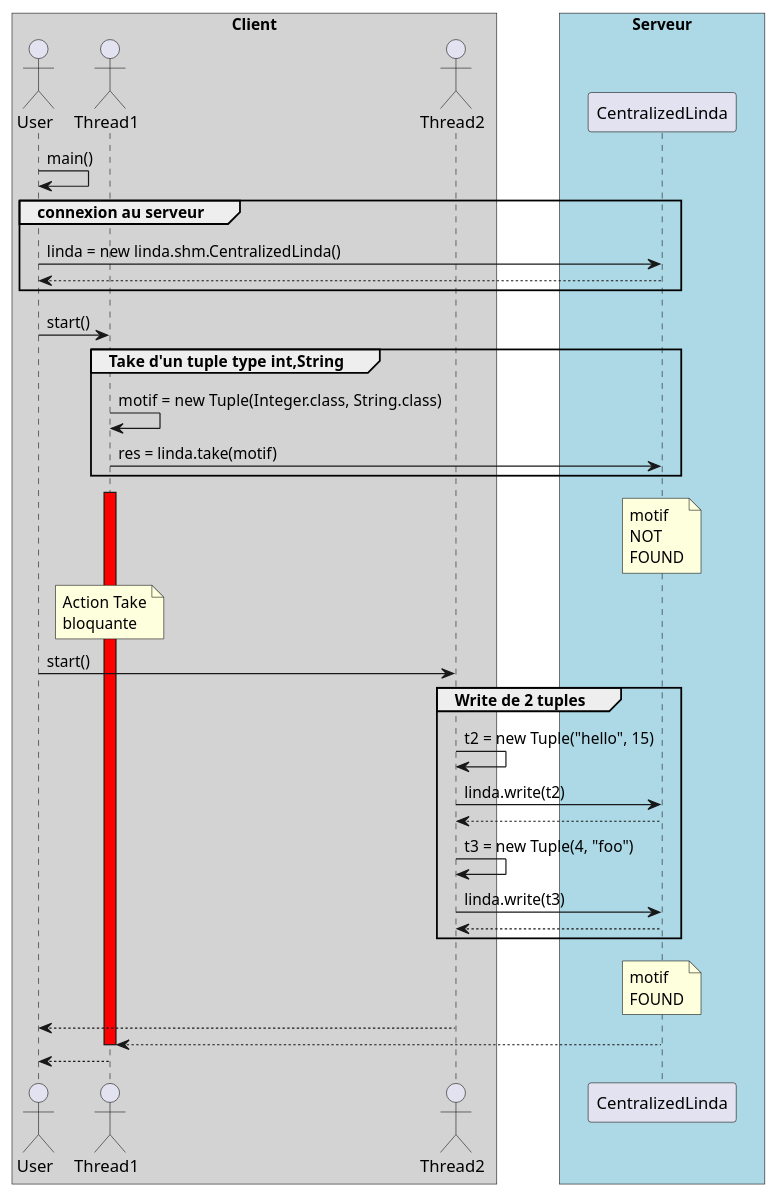
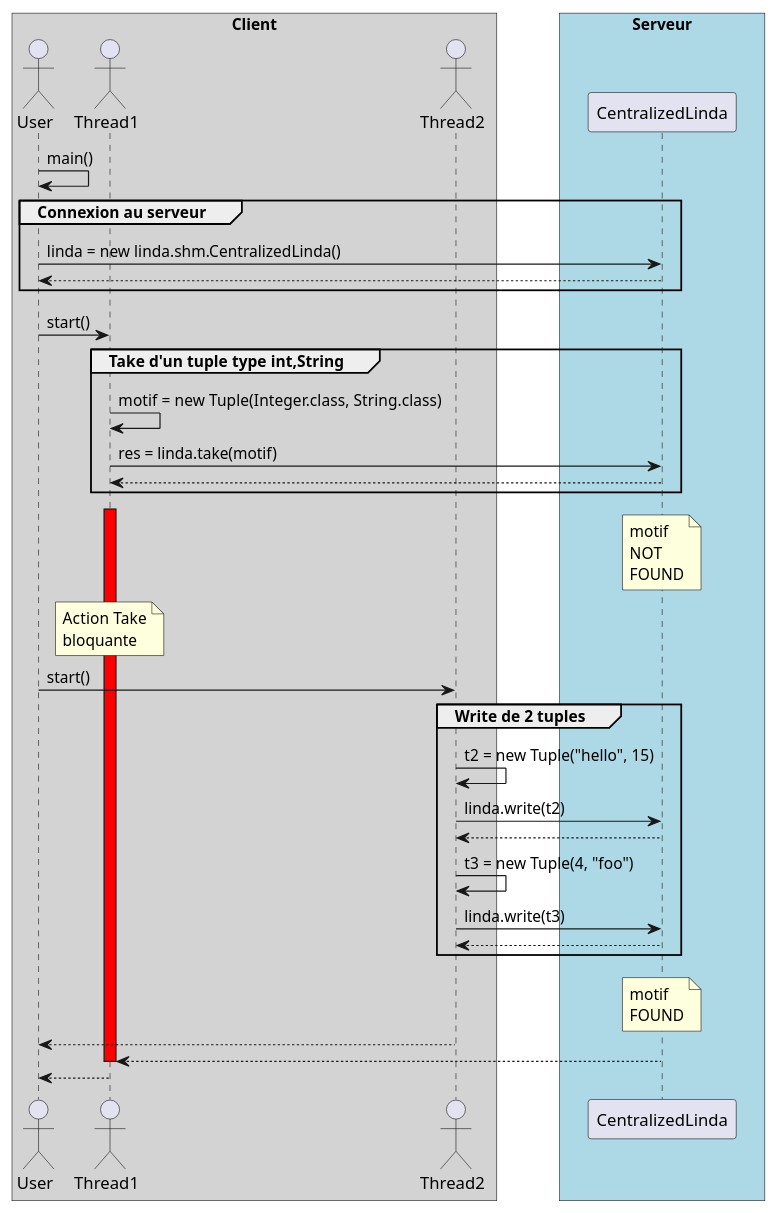
One commit to HayZun/Intergiciel changed the diagram in linda/shm/Diagram/Sequences/Sequence_write_take_read.plantuml. Above: the diagram before and after it, drawn with PlantUML. The commit also changed 11 other files, not shown here.

```diff
--- a/linda/shm/Diagram/Sequences/Sequence_write_take_read.plantuml
+++ b/linda/shm/Diagram/Sequences/Sequence_write_take_read.plantuml
@@ -1,69 +1,71 @@
 @startuml
 skinparam ParticipantPadding 20
 skinparam BoxPadding 10
 !pragma teoz true
 
 box "Client" #LightGrey
 actor User
 actor Thread1
 actor Thread2
 end box
 box "Serveur" #LightBlue
 participant "CentralizedLinda" as Linda
 end box
 
 User -> User: main()
 
-group connexion au serveur
+group Connexion au serveur
 
 User -> Linda: linda = new linda.shm.CentralizedLinda()
 
 Linda --> User
 
 end
 
 User -> Thread1: start()
 
 group Take d'un tuple type int,String
 
 Thread1 -> Thread1 : motif = new Tuple(Integer.class, String.class)
 
 Thread1 -> Linda: res = linda.take(motif)
+
+Linda --> Thread1
 
 end
 
 activate Thread1 #red
 
 note over Linda : motif \nNOT \nFOUND
 
 note over Thread1 : Action Take\nbloquante
 
 User -> Thread2: start()
 
 group Write de 2 tuples
 
 Thread2 -> Thread2: t2 = new Tuple("hello", 15)
 
 Thread2 -> Linda: linda.write(t2)
 
 Linda --> Thread2
 
 Thread2 -> Thread2: t3 = new Tuple(4, "foo")
 
 Thread2 -> Linda: linda.write(t3)
 
 Linda --> Thread2
 
 end
 
 note over Linda : motif \nFOUND
 
 Thread2 --> User
 
 Linda --> Thread1
 
 deactivate Thread1
 
 Thread1 --> User
 
 @enduml
```
